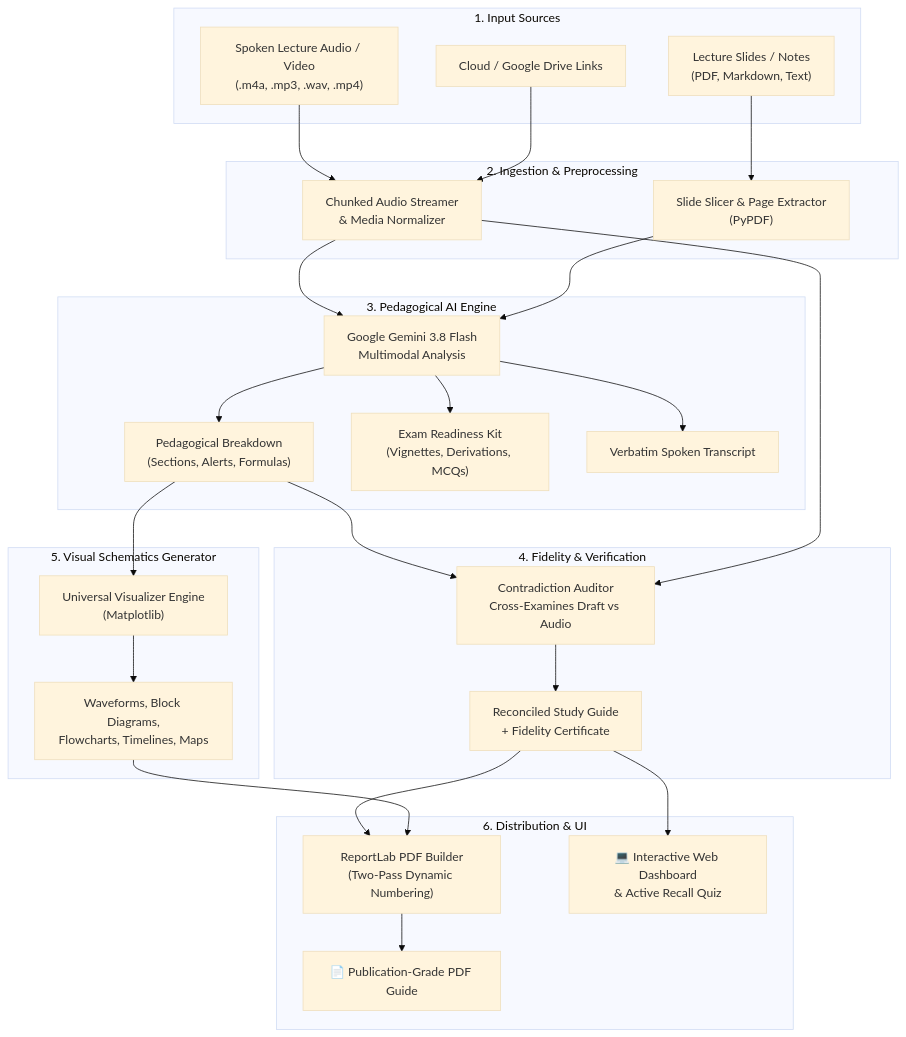
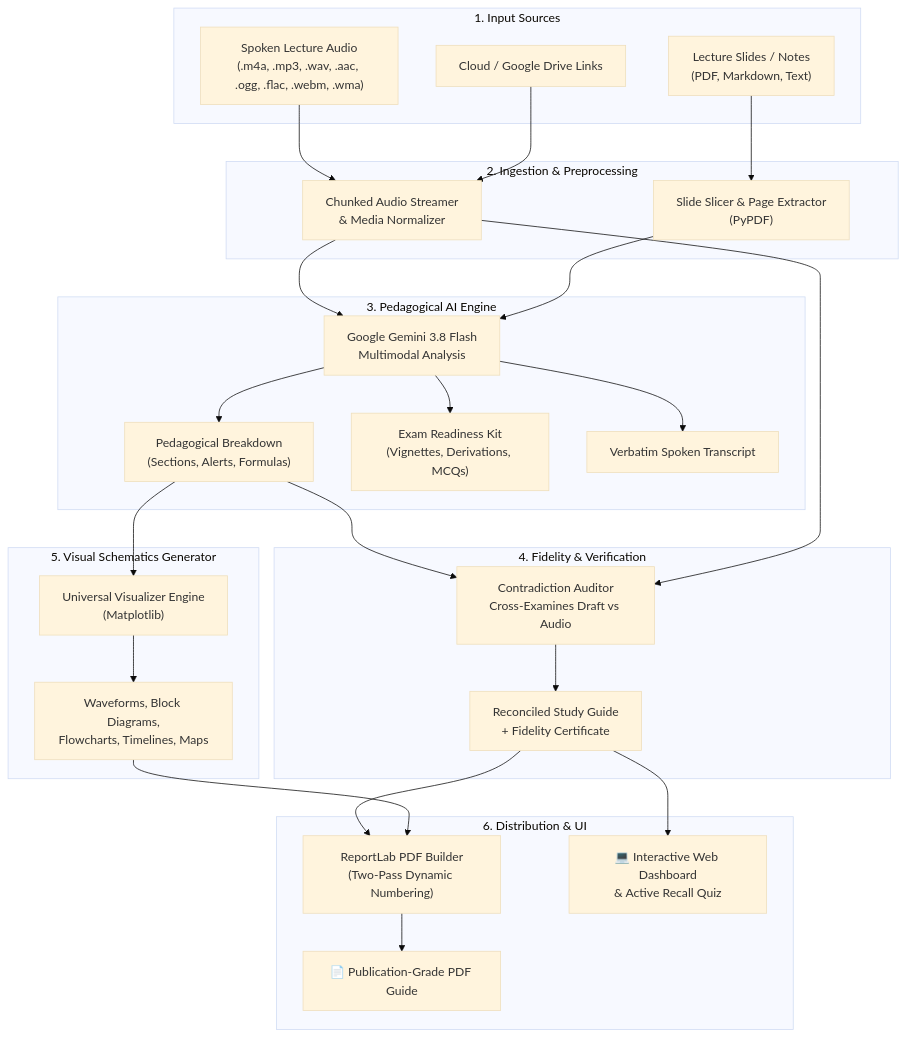
Before and after one commit to AbdelrhmanElhamy2/lecture-ai-study-suite: the diagram in README.md, drawn with Mermaid (base theme). The commit also changed other lines of this file and 2 other files, not shown here.

Commit message:
Harden local UI and correct supported input docs

````diff
--- a/README.md
+++ b/README.md
@@ -84,36 +84,36 @@
 ```mermaid
 flowchart TD
     subgraph INPUT["1. Input Sources"]
-        A["Spoken Lecture Audio / Video<br/>(.m4a, .mp3, .wav, .mp4)"]
+        A["Spoken Lecture Audio<br/>(.m4a, .mp3, .wav, .aac, .ogg, .flac, .webm, .wma)"]
         B["Lecture Slides / Notes<br/>(PDF, Markdown, Text)"]
         C["Cloud / Google Drive Links"]
     end
 
     subgraph INGEST["2. Ingestion & Preprocessing"]
         A & C --> D["Chunked Audio Streamer<br/>& Media Normalizer"]
         B --> E["Slide Slicer & Page Extractor<br/>(PyPDF)"]
     end
 
     subgraph ENGINE["3. Pedagogical AI Engine"]
         D & E --> F["Google Gemini 3.8 Flash<br/>Multimodal Analysis"]
         F --> G["Pedagogical Breakdown<br/>(Sections, Alerts, Formulas)"]
         F --> H["Exam Readiness Kit<br/>(Vignettes, Derivations, MCQs)"]
         F --> I["Verbatim Spoken Transcript"]
     end
 
     subgraph AUDIT["4. Fidelity & Verification"]
         G & D --> J["Contradiction Auditor<br/>Cross-Examines Draft vs Audio"]
         J --> K["Reconciled Study Guide<br/>+ Fidelity Certificate"]
     end
 
     subgraph VISUALS["5. Visual Schematics Generator"]
         G --> L["Universal Visualizer Engine<br/>(Matplotlib)"]
         L --> M["Waveforms, Block Diagrams,<br/>Flowcharts, Timelines, Maps"]
     end
 
     subgraph OUTPUT["6. Distribution & UI"]
         K & M --> N["ReportLab PDF Builder<br/>(Two-Pass Dynamic Numbering)"]
         N --> O["📄 Publication-Grade PDF Guide"]
         K --> P["💻 Interactive Web Dashboard<br/>& Active Recall Quiz"]
     end
 ```
````
